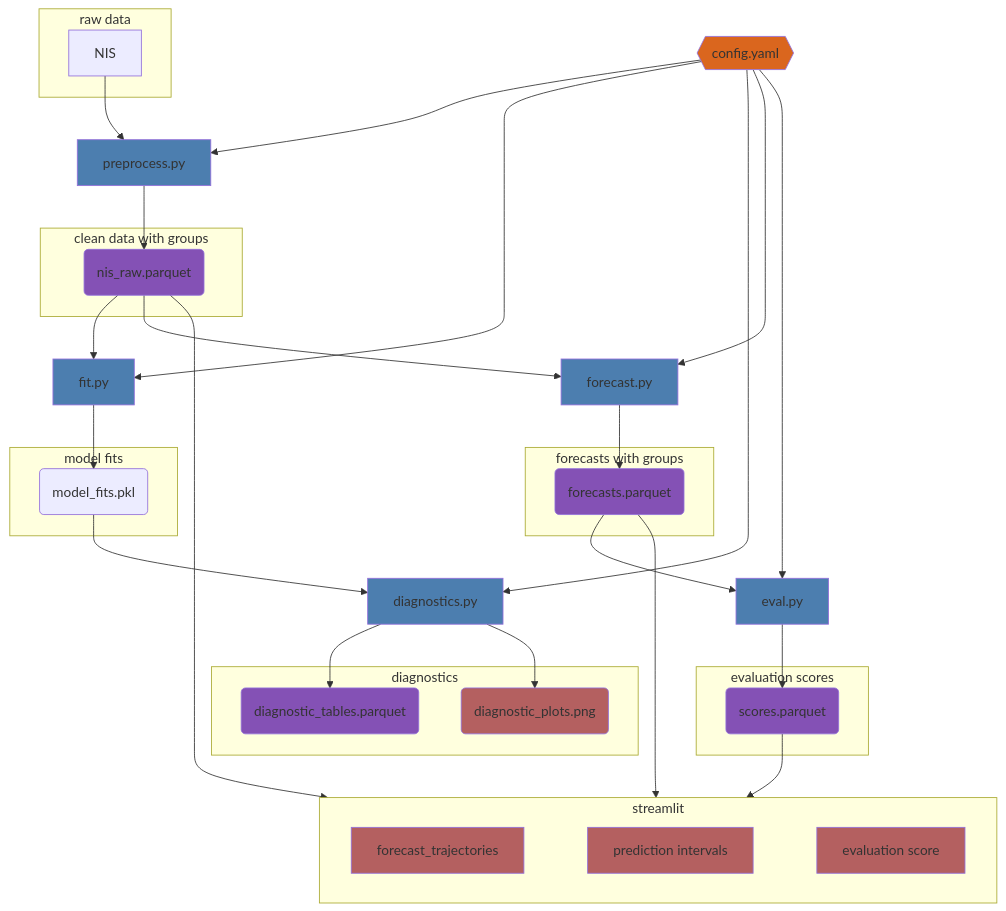
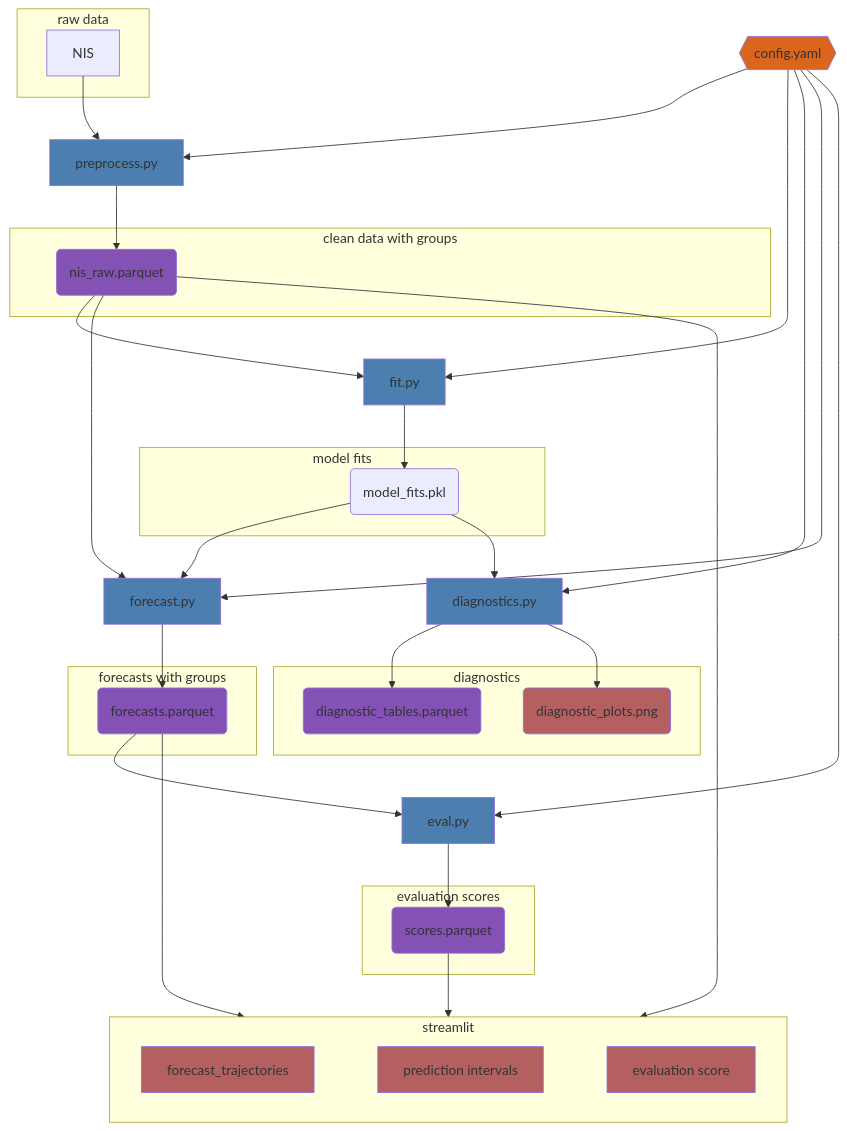
Before and after one commit to CDCgov/cfa-immunization-uptake-projection: the diagram in README.md, drawn with Mermaid.

Commit message:
add missing link of model fits and forecast.py

````diff
--- a/README.md
+++ b/README.md
@@ -36,80 +36,81 @@
 ```mermaid
 
 flowchart TB
 
 nis_data(nis_raw.parquet)
 fits(model_fits.pkl)
 diagnostic_table(diagnostic_tables.parquet)
 diagnostic_plot(diagnostic_plots.png)
 forecast(forecasts.parquet)
 scores(scores.parquet)
 config{{config.yaml}}
 proj_plot[forecast_trajectories]
 pred_summary[prediction intervals]
 score_plot[evaluation score]
 
 subgraph raw data
 NIS
 end
 
 subgraph clean data with groups
 nis_data
 end
 
 subgraph model fits
 fits
 end
 
 subgraph diagnostics
 diagnostic_table
 diagnostic_plot
 end
 
 subgraph forecasts with groups
 forecast
 end
 
 subgraph evaluation scores
 scores
 end
 
 subgraph streamlit
 direction LR
 proj_plot~~~pred_summary~~~score_plot
 end
 
 NIS -->preprocess.py --> nis_data
 nis_data --> fit.py --> fits
+fits --> forecast.py
 fits --> diagnostics.py
 diagnostics.py --> diagnostic_table
 diagnostics.py --> diagnostic_plot
 nis_data --> forecast.py --> forecast
+forecast --> streamlit
 forecast --> eval.py --> scores
-forecast --> streamlit
 scores --> streamlit
 nis_data --> streamlit
 
 config --> preprocess.py
 config --> fit.py
 config --> diagnostics.py
 config --> forecast.py
 config --> eval.py
 
 
 style nis_data fill: #8451b5
 style forecast fill: #8451b5
 style scores fill: #8451b5
 style diagnostic_table fill: #8451b5
 style config fill: #da661e
 style preprocess.py fill: #4c7eaf
 style forecast.py fill: #4c7eaf
 style eval.py fill: #4c7eaf
 style fit.py fill: #4c7eaf
 style diagnostics.py fill: #4c7eaf
 style diagnostic_plot fill: #b46060
 style proj_plot fill: #b46060
 style pred_summary fill: #b46060
 style score_plot fill: #b46060
 
 
 ```
````
